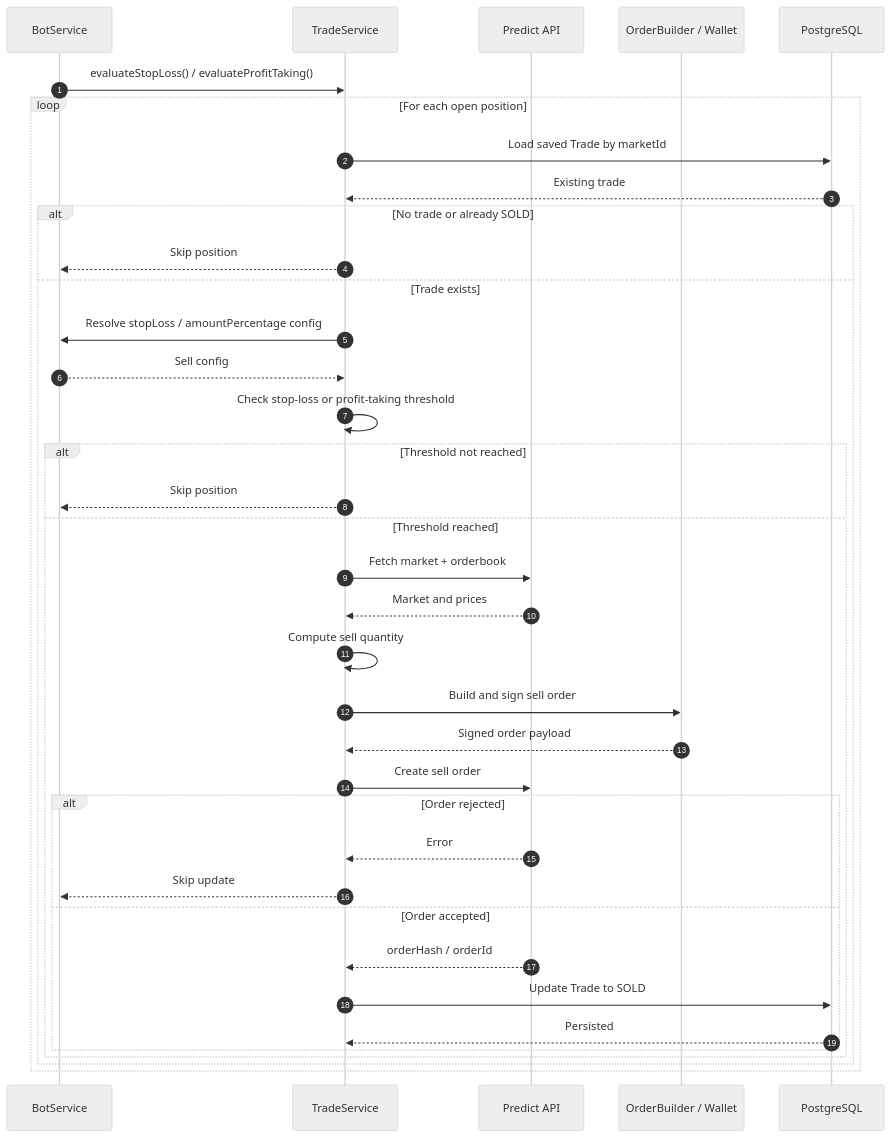
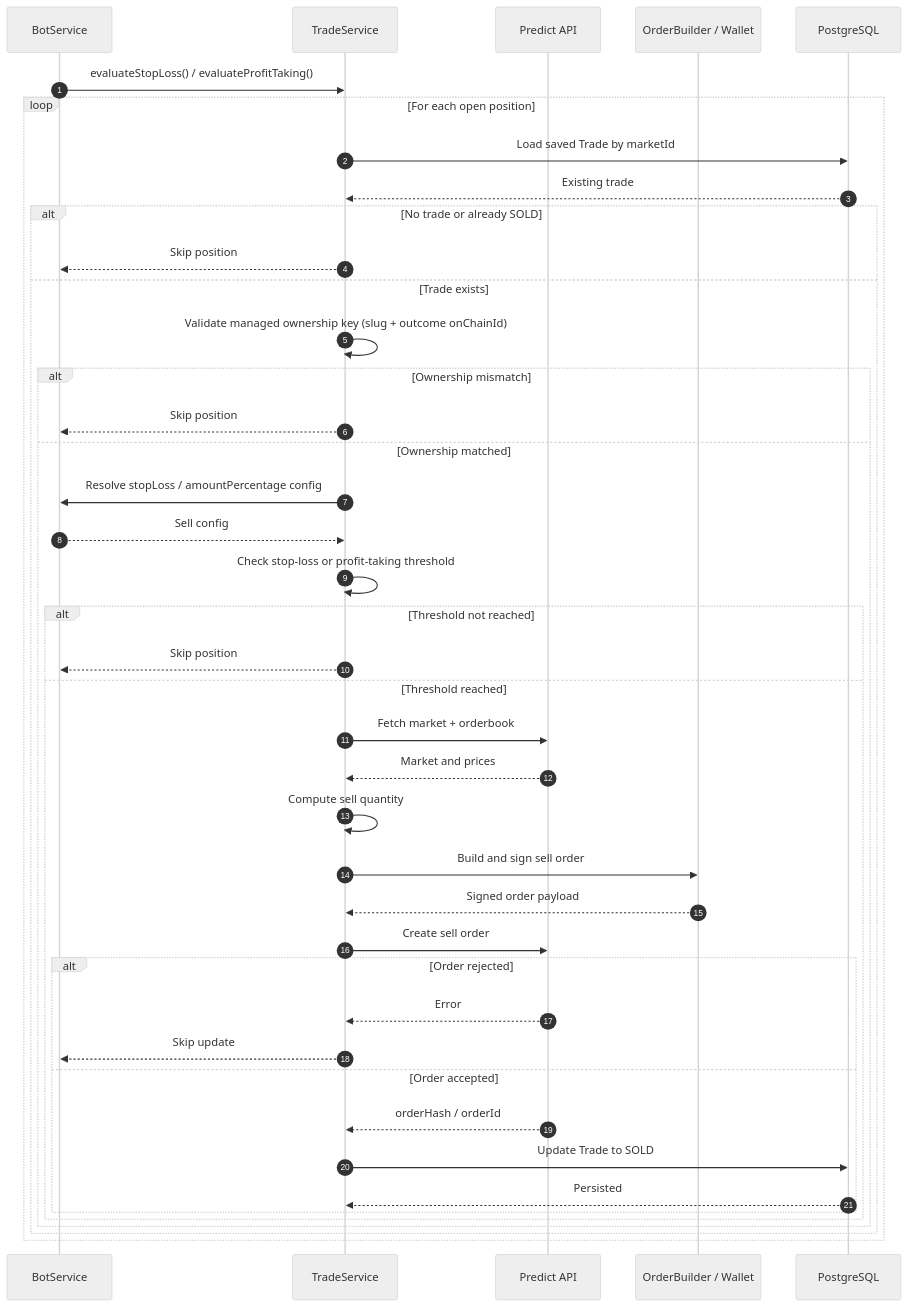
Before and after one commit to blckfsh/prediction-market-trading-bot: the second of 2 diagrams in docs/trading.md, drawn with Mermaid (neutral theme). The commit also changed other lines of this file and 4 other files, not shown here.

Commit message:
[bugfix]: added restrict ownership when selling position by stop loss/ take profit scenario

````diff
--- a/docs/trading.md
+++ b/docs/trading.md
@@ -196,41 +208,46 @@
 ```mermaid
 sequenceDiagram
   autonumber
 
   participant Bot as BotService
   participant Trade as TradeService
   participant API as Predict API
   participant BSC as OrderBuilder / Wallet
   participant DB as PostgreSQL
 
   Bot->>Trade: evaluateStopLoss() / evaluateProfitTaking()
   loop For each open position
     Trade->>DB: Load saved Trade by marketId
     DB-->>Trade: Existing trade
     alt No trade or already SOLD
       Trade-->>Bot: Skip position
     else Trade exists
+      Trade->>Trade: Validate managed ownership key (slug + outcome onChainId)
+      alt Ownership mismatch
+        Trade-->>Bot: Skip position
+      else Ownership matched
       Trade->>Bot: Resolve stopLoss / amountPercentage config
       Bot-->>Trade: Sell config
       Trade->>Trade: Check stop-loss or profit-taking threshold
       alt Threshold not reached
         Trade-->>Bot: Skip position
       else Threshold reached
         Trade->>API: Fetch market + orderbook
         API-->>Trade: Market and prices
         Trade->>Trade: Compute sell quantity
         Trade->>BSC: Build and sign sell order
         BSC-->>Trade: Signed order payload
         Trade->>API: Create sell order
         alt Order rejected
           API-->>Trade: Error
           Trade-->>Bot: Skip update
         else Order accepted
           API-->>Trade: orderHash / orderId
           Trade->>DB: Update Trade to SOLD
           DB-->>Trade: Persisted
         end
       end
+      end
     end
   end
 ```
````
